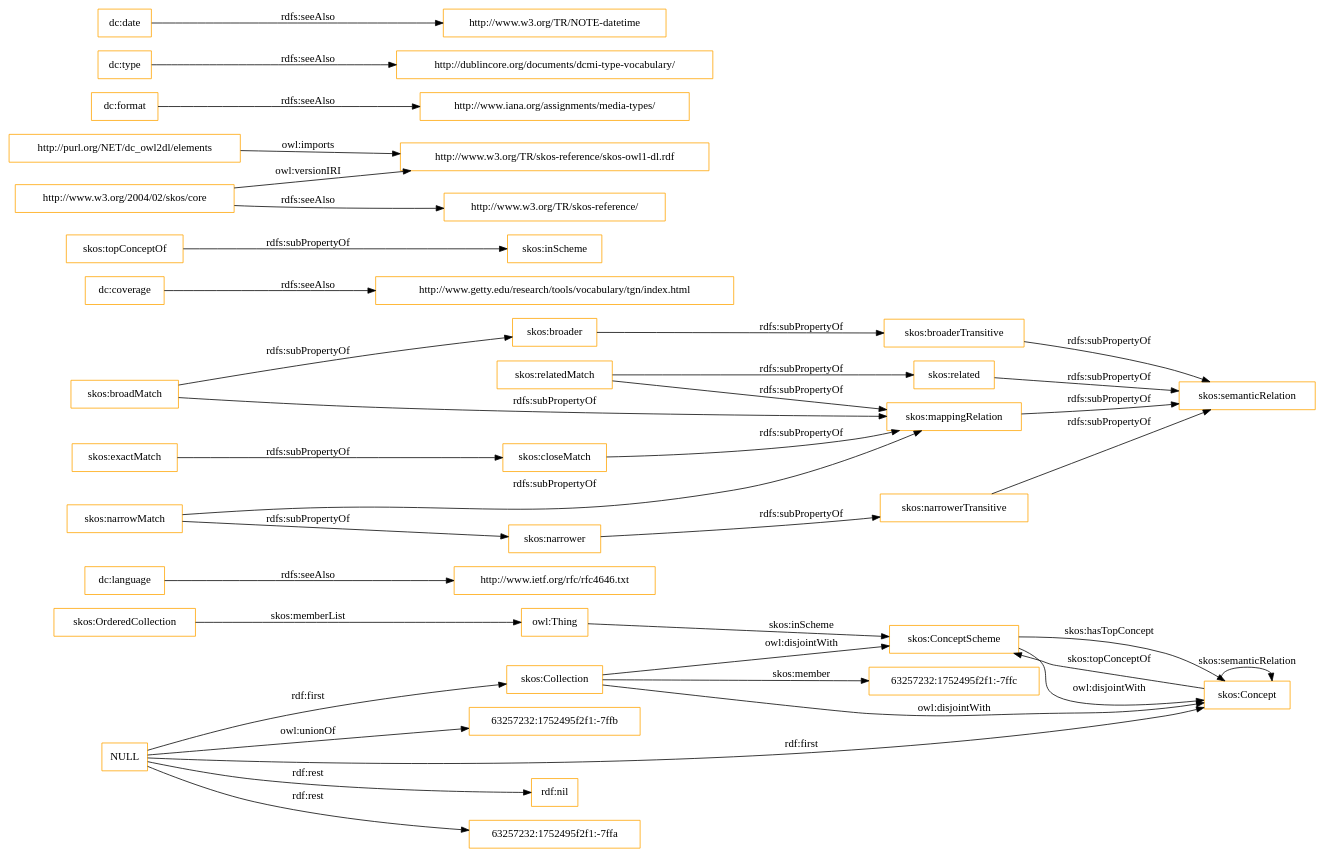
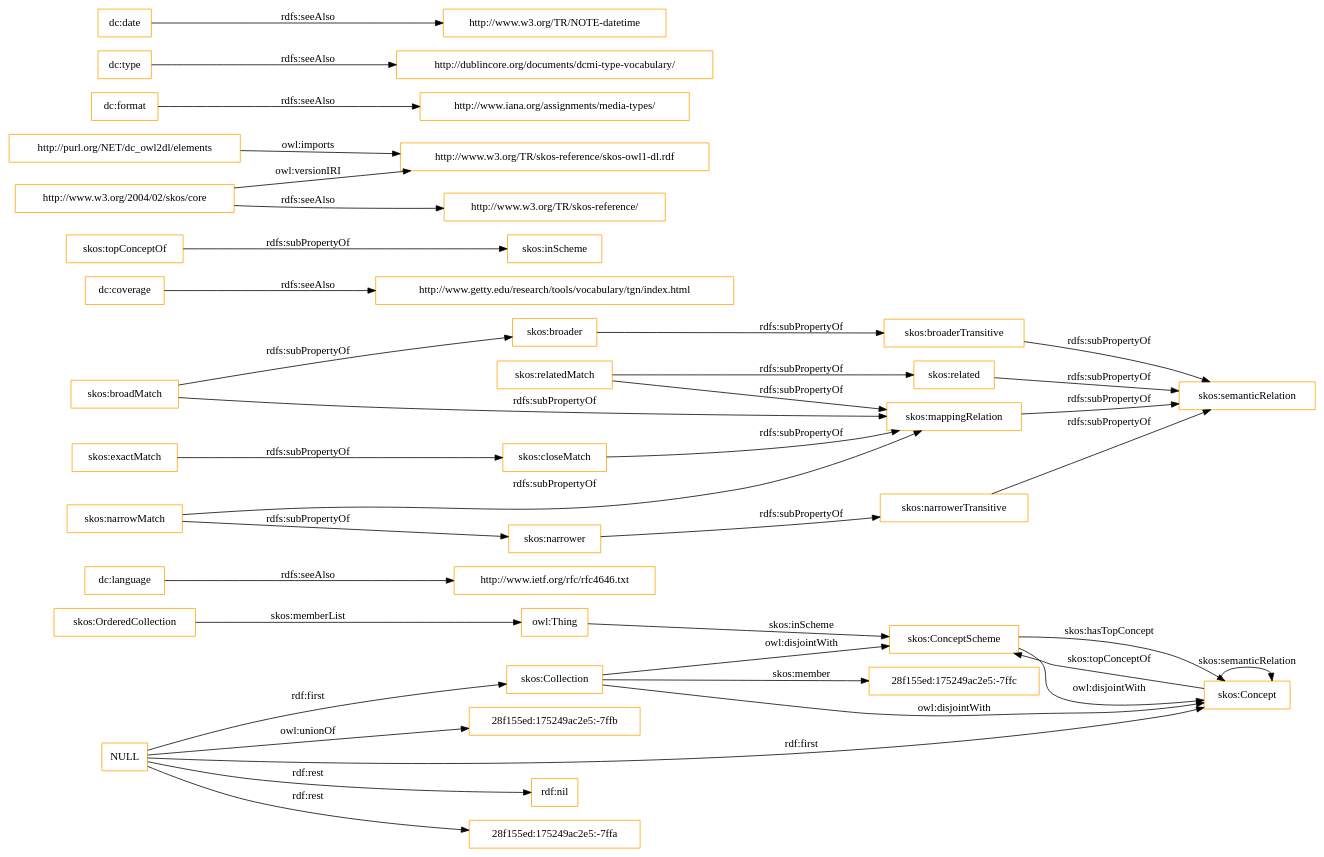
One commit to OnToologyUser/core-ontology-1 changed the diagram in OnToology/imports/elements.owl/diagrams/ar2dtool-class/elements.owl.png.dot. Above: the diagram before and after it, drawn with Graphviz. The commit also changed 14 other files, not shown here.

```diff
--- a/OnToology/imports/elements.owl/diagrams/ar2dtool-class/elements.owl.png.dot
+++ b/OnToology/imports/elements.owl/diagrams/ar2dtool-class/elements.owl.png.dot
@@ -1,43 +1,43 @@
 digraph ar2dtool_diagram { 
 rankdir=LR;
 size="1501"
-node [shape = rectangle, color="orange"]; "63257232:1752495f2f1:-7ffc" "skos:OrderedCollection" "skos:Collection" "skos:ConceptScheme" "skos:Concept" ; /*classes style*/
+node [shape = rectangle, color="orange"]; "28f155ed:175249ac2e5:-7ffc" "skos:OrderedCollection" "skos:Collection" "skos:ConceptScheme" "skos:Concept" ; /*classes style*/
 	"dc:language" -> "http://www.ietf.org/rfc/rfc4646.txt" [ label = "rdfs:seeAlso" ];
 	"NULL" -> "rdf:nil" [ label = "rdf:rest" ];
 	"NULL" -> "skos:Collection" [ label = "rdf:first" ];
-	"NULL" -> "63257232:1752495f2f1:-7ffa" [ label = "rdf:rest" ];
+	"NULL" -> "28f155ed:175249ac2e5:-7ffa" [ label = "rdf:rest" ];
 	"NULL" -> "skos:Concept" [ label = "rdf:first" ];
-	"NULL" -> "63257232:1752495f2f1:-7ffb" [ label = "owl:unionOf" ];
+	"NULL" -> "28f155ed:175249ac2e5:-7ffb" [ label = "owl:unionOf" ];
 	"skos:closeMatch" -> "skos:mappingRelation" [ label = "rdfs:subPropertyOf" ];
 	"dc:coverage" -> "http://www.getty.edu/research/tools/vocabulary/tgn/index.html" [ label = "rdfs:seeAlso" ];
 	"skos:relatedMatch" -> "skos:related" [ label = "rdfs:subPropertyOf" ];
 	"skos:relatedMatch" -> "skos:mappingRelation" [ label = "rdfs:subPropertyOf" ];
 	"skos:ConceptScheme" -> "skos:Concept" [ label = "owl:disjointWith" ];
 	"skos:related" -> "skos:semanticRelation" [ label = "rdfs:subPropertyOf" ];
 	"skos:topConceptOf" -> "skos:inScheme" [ label = "rdfs:subPropertyOf" ];
 	"skos:broadMatch" -> "skos:broader" [ label = "rdfs:subPropertyOf" ];
 	"skos:broadMatch" -> "skos:mappingRelation" [ label = "rdfs:subPropertyOf" ];
 	"http://purl.org/NET/dc_owl2dl/elements" -> "http://www.w3.org/TR/skos-reference/skos-owl1-dl.rdf" [ label = "owl:imports" ];
 	"skos:exactMatch" -> "skos:closeMatch" [ label = "rdfs:subPropertyOf" ];
 	"dc:format" -> "http://www.iana.org/assignments/media-types/" [ label = "rdfs:seeAlso" ];
 	"skos:broaderTransitive" -> "skos:semanticRelation" [ label = "rdfs:subPropertyOf" ];
 	"dc:type" -> "http://dublincore.org/documents/dcmi-type-vocabulary/" [ label = "rdfs:seeAlso" ];
 	"skos:broader" -> "skos:broaderTransitive" [ label = "rdfs:subPropertyOf" ];
 	"skos:mappingRelation" -> "skos:semanticRelation" [ label = "rdfs:subPropertyOf" ];
 	"http://www.w3.org/2004/02/skos/core" -> "http://www.w3.org/TR/skos-reference/skos-owl1-dl.rdf" [ label = "owl:versionIRI" ];
 	"http://www.w3.org/2004/02/skos/core" -> "http://www.w3.org/TR/skos-reference/" [ label = "rdfs:seeAlso" ];
 	"skos:Collection" -> "skos:ConceptScheme" [ label = "owl:disjointWith" ];
 	"skos:Collection" -> "skos:Concept" [ label = "owl:disjointWith" ];
 	"skos:narrowMatch" -> "skos:narrower" [ label = "rdfs:subPropertyOf" ];
 	"skos:narrowMatch" -> "skos:mappingRelation" [ label = "rdfs:subPropertyOf" ];
 	"skos:narrower" -> "skos:narrowerTransitive" [ label = "rdfs:subPropertyOf" ];
 	"dc:date" -> "http://www.w3.org/TR/NOTE-datetime" [ label = "rdfs:seeAlso" ];
 	"skos:narrowerTransitive" -> "skos:semanticRelation" [ label = "rdfs:subPropertyOf" ];
 	"skos:OrderedCollection" -> "owl:Thing" [ label = "skos:memberList" ];
 	"skos:Concept" -> "skos:ConceptScheme" [ label = "skos:topConceptOf" ];
 	"skos:Concept" -> "skos:Concept" [ label = "skos:semanticRelation" ];
-	"skos:Collection" -> "63257232:1752495f2f1:-7ffc" [ label = "skos:member" ];
+	"skos:Collection" -> "28f155ed:175249ac2e5:-7ffc" [ label = "skos:member" ];
 	"skos:ConceptScheme" -> "skos:Concept" [ label = "skos:hasTopConcept" ];
 	"owl:Thing" -> "skos:ConceptScheme" [ label = "skos:inScheme" ];
 
 }
```
